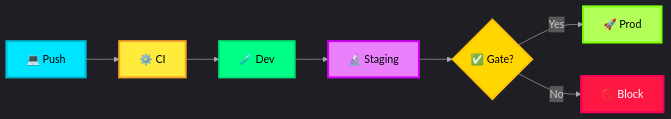
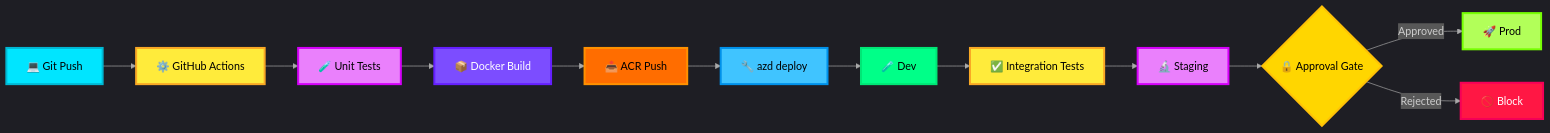
One commit to thanhauco/agentic-ai-icm-system changed the diagram in docs/14-deployment-model.md. Above: the diagram before and after it, drawn with Mermaid. The commit also changed other lines of this file and 1 other file, not shown here.

````diff
--- a/docs/14-deployment-model.md
+++ b/docs/14-deployment-model.md
@@ -24,18 +9,28 @@
 ```mermaid
 %%{init: {'theme': 'dark', 'themeVariables': {'lineColor': '#AAAAAA'}}}%%
 graph LR
-    A["💻 Push"] --> B["⚙️ CI"]
-    B --> C["🧪 Dev"]
-    C --> D["🔬 Staging"]
-    D --> E{"✅ Gate?"}
-    E -->|Yes| F["🚀 Prod"]
-    E -->|No| G["🚫 Block"]
+    A["💻 Git Push"] --> B["⚙️ GitHub Actions"]
+    B --> C["🧪 Unit Tests"]
+    C --> D["📦 Docker Build"]
+    D --> E["📤 ACR Push"]
+    E --> F["🔧 azd deploy"]
+    F --> G["🧪 Dev"]
+    G --> H["✅ Integration Tests"]
+    H --> I["🔬 Staging"]
+    I --> J{"🔒 Approval Gate"}
+    J -->|Approved| K["🚀 Prod"]
+    J -->|Rejected| L["🚫 Block"]
 
     style A fill:#00E5FF,stroke:#00B8D4,stroke-width:3px,color:#000
     style B fill:#FFEB3B,stroke:#F9A825,stroke-width:3px,color:#000
-    style C fill:#00FF88,stroke:#00E676,stroke-width:3px,color:#000
-    style D fill:#EA80FC,stroke:#D500F9,stroke-width:3px,color:#000
-    style E fill:#FFD600,stroke:#FFC107,stroke-width:3px,color:#000
-    style F fill:#B2FF59,stroke:#76FF03,stroke-width:3px,color:#000
-    style G fill:#FF1744,stroke:#F50057,stroke-width:3px,color:#fff
+    style C fill:#EA80FC,stroke:#D500F9,stroke-width:3px,color:#000
+    style D fill:#7C4DFF,stroke:#651FFF,stroke-width:3px,color:#fff
+    style E fill:#FF6D00,stroke:#FF9100,stroke-width:3px,color:#000
+    style F fill:#40C4FF,stroke:#0091EA,stroke-width:3px,color:#000
+    style G fill:#00FF88,stroke:#00E676,stroke-width:3px,color:#000
+    style H fill:#FFEB3B,stroke:#F9A825,stroke-width:3px,color:#000
+    style I fill:#EA80FC,stroke:#D500F9,stroke-width:3px,color:#000
+    style J fill:#FFD600,stroke:#FFC107,stroke-width:3px,color:#000
+    style K fill:#B2FF59,stroke:#76FF03,stroke-width:3px,color:#000
+    style L fill:#FF1744,stroke:#F50057,stroke-width:3px,color:#fff
 ```
````
